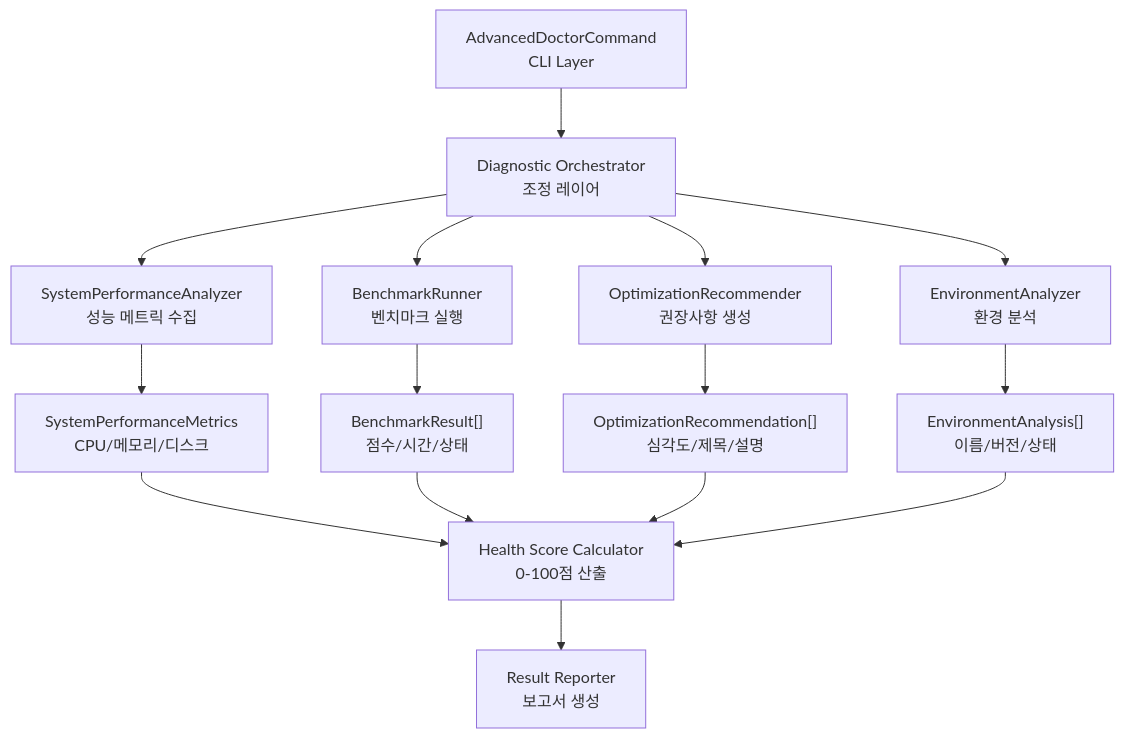
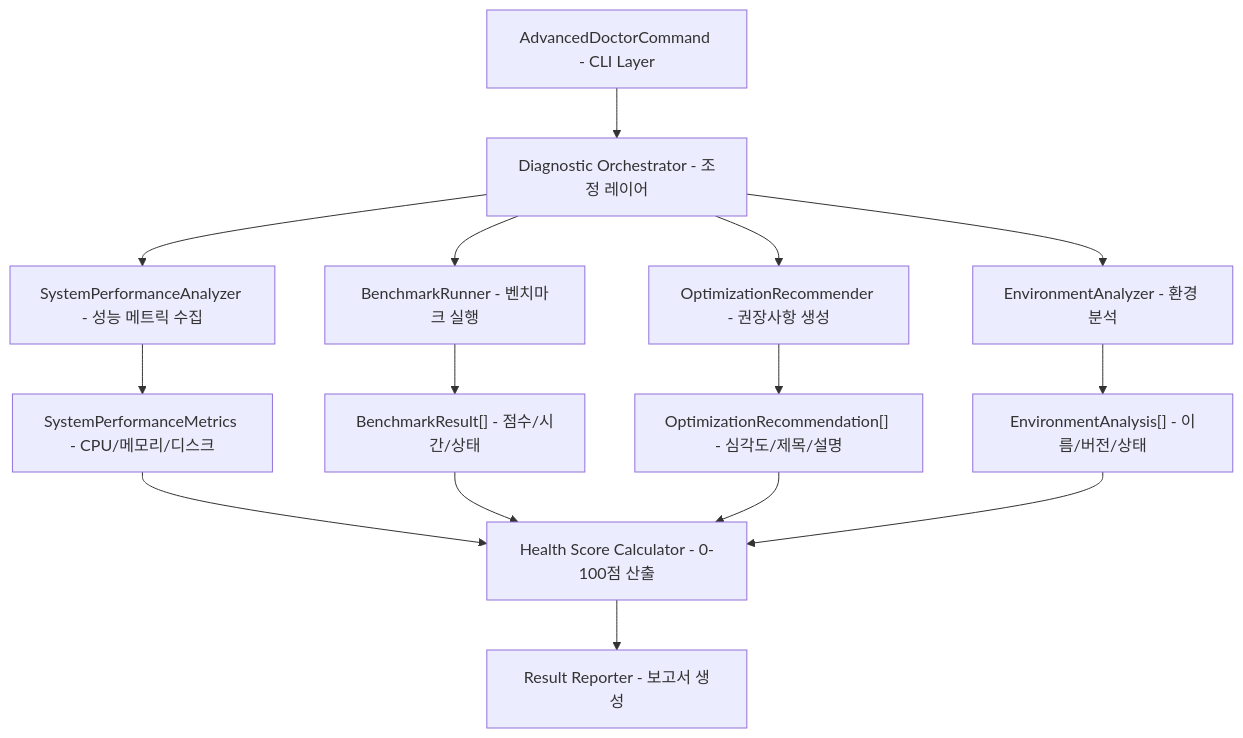
One commit to modu-ai/moai-adk changed the second of 3 diagrams in docs/advanced/doctor-advanced.md. Above: the diagram before and after it, drawn with Mermaid. The commit also changed other lines of this file and 447 other files, not shown here.

````diff
--- a/docs/advanced/doctor-advanced.md
+++ b/docs/advanced/doctor-advanced.md
@@ -73,22 +73,22 @@
 ```mermaid
 graph TB
-    CLI["AdvancedDoctorCommand<br/>CLI Layer"] --> ORC["Diagnostic Orchestrator<br/>조정 레이어"]
+    CLI["AdvancedDoctorCommand - CLI Layer"] --> ORC["Diagnostic Orchestrator - 조정 레이어"]
 
-    ORC --> SPA["SystemPerformanceAnalyzer<br/>성능 메트릭 수집"]
-    ORC --> BR["BenchmarkRunner<br/>벤치마크 실행"]
-    ORC --> OR["OptimizationRecommender<br/>권장사항 생성"]
-    ORC --> EA["EnvironmentAnalyzer<br/>환경 분석"]
+    ORC --> SPA["SystemPerformanceAnalyzer - 성능 메트릭 수집"]
+    ORC --> BR["BenchmarkRunner - 벤치마크 실행"]
+    ORC --> OR["OptimizationRecommender - 권장사항 생성"]
+    ORC --> EA["EnvironmentAnalyzer - 환경 분석"]
 
-    SPA --> SPM["SystemPerformanceMetrics<br/>CPU/메모리/디스크"]
-    BR --> BRM["BenchmarkResult[]<br/>점수/시간/상태"]
-    OR --> ORM["OptimizationRecommendation[]<br/>심각도/제목/설명"]
-    EA --> EAM["EnvironmentAnalysis[]<br/>이름/버전/상태"]
+    SPA --> SPM["SystemPerformanceMetrics - CPU/메모리/디스크"]
+    BR --> BRM["BenchmarkResult[] - 점수/시간/상태"]
+    OR --> ORM["OptimizationRecommendation[] - 심각도/제목/설명"]
+    EA --> EAM["EnvironmentAnalysis[] - 이름/버전/상태"]
 
-    SPM --> HSC["Health Score Calculator<br/>0-100점 산출"]
+    SPM --> HSC["Health Score Calculator - 0-100점 산출"]
     BRM --> HSC
     ORM --> HSC
     EAM --> HSC
 
-    HSC --> RPT["Result Reporter<br/>보고서 생성"]
+    HSC --> RPT["Result Reporter - 보고서 생성"]
 
 ```
````
